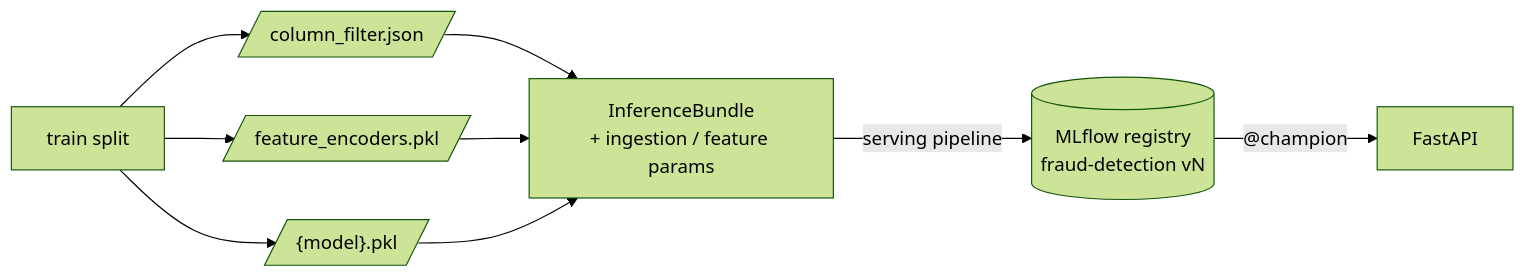
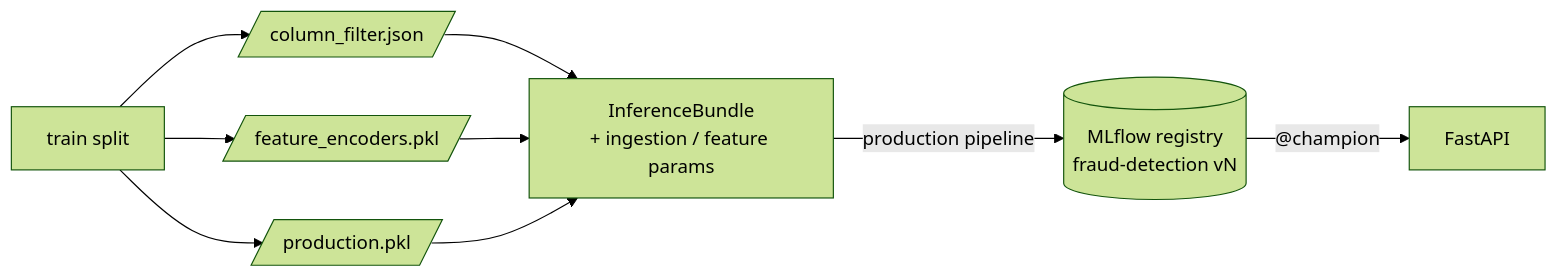
Before and after one commit to MikolajKurtyka/fraud-detection-kedro: the diagram in docs/04_data_layers.md, drawn with Mermaid (forest theme). The commit also changed other lines of this file and 20 other files, not shown here.

First line of the commit message:
feat(production): add production pipeline, replacing serving

````diff
--- a/docs/04_data_layers.md
+++ b/docs/04_data_layers.md
@@ -98,7 +98,7 @@
 ```mermaid
 flowchart LR
-    TR[train split] --> CF[/column_filter.json/] & FE[/feature_encoders.pkl/] & M[/"{model}.pkl"/]
+    TR[train split] --> CF[/column_filter.json/] & FE[/feature_encoders.pkl/] & M[/"production.pkl"/]
     CF & FE & M --> B["InferenceBundle<br/>+ ingestion / feature params"]
-    B -->|"serving pipeline"| REG[("MLflow registry<br/>fraud-detection vN")]
+    B -->|"production pipeline"| REG[("MLflow registry<br/>fraud-detection vN")]
     REG -->|"@champion"| API[FastAPI]
 ```
````
